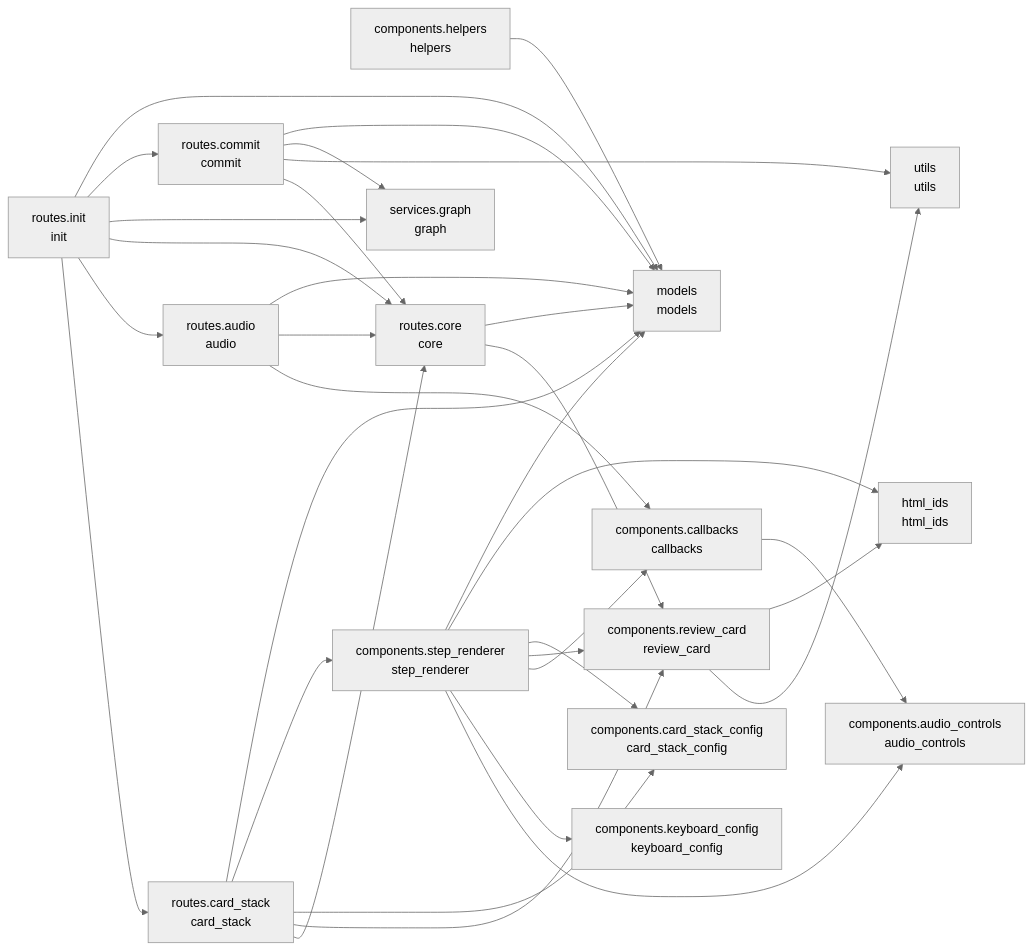
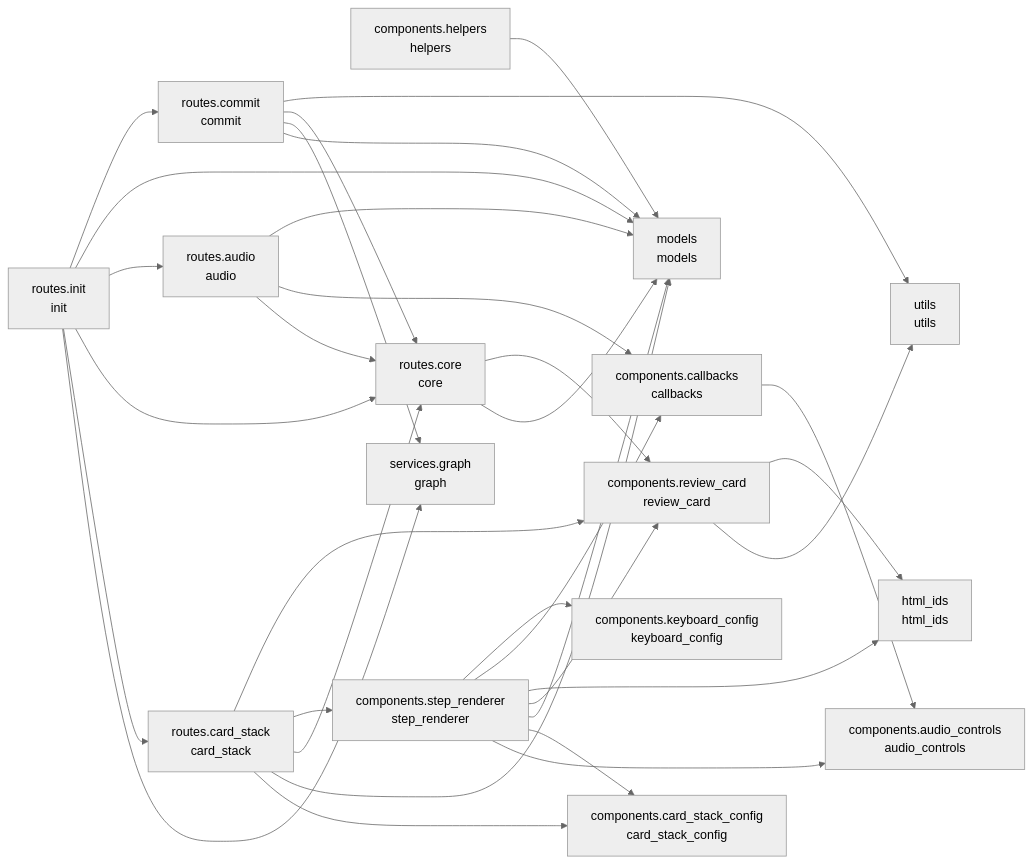
One commit to cj-mills/cjm-transcript-review changed the diagram in README.md. Above: the diagram before and after it, drawn with Mermaid (neutral theme). The commit also changed other lines of this file and 5 other files, not shown here.

Commit message:
Migrate review's inline step header bands (render_review_step + demo) to V2 render_step_header_band helper, and relocate the demo's settings trigger from the toolbar to the V2 trailing slot via a SETTINGS_TRIGGER OOB-swap slot (G3-canonical placement).

````diff
--- a/README.md
+++ b/README.md
@@ -39,51 +39,51 @@
 ``` mermaid
 graph LR
     components_audio_controls[components.audio_controls<br/>audio_controls]
     components_callbacks[components.callbacks<br/>callbacks]
     components_card_stack_config[components.card_stack_config<br/>card_stack_config]
     components_helpers[components.helpers<br/>helpers]
     components_keyboard_config[components.keyboard_config<br/>keyboard_config]
     components_review_card[components.review_card<br/>review_card]
     components_step_renderer[components.step_renderer<br/>step_renderer]
     html_ids[html_ids<br/>html_ids]
     models[models<br/>models]
     routes_audio[routes.audio<br/>audio]
     routes_card_stack[routes.card_stack<br/>card_stack]
     routes_commit[routes.commit<br/>commit]
     routes_core[routes.core<br/>core]
     routes_init[routes.init<br/>init]
     services_graph[services.graph<br/>graph]
     utils[utils<br/>utils]
 
     components_callbacks --> components_audio_controls
     components_helpers --> models
     components_review_card --> utils
     components_review_card --> html_ids
     components_step_renderer --> components_audio_controls
+    components_step_renderer --> components_card_stack_config
+    components_step_renderer --> models
+    components_step_renderer --> components_review_card
+    components_step_renderer --> html_ids
+    components_step_renderer --> components_callbacks
     components_step_renderer --> components_keyboard_config
-    components_step_renderer --> components_callbacks
-    components_step_renderer --> components_review_card
-    components_step_renderer --> components_card_stack_config
-    components_step_renderer --> html_ids
-    components_step_renderer --> models
+    routes_audio --> routes_core
     routes_audio --> components_callbacks
-    routes_audio --> routes_core
     routes_audio --> models
+    routes_card_stack --> components_card_stack_config
+    routes_card_stack --> models
     routes_card_stack --> routes_core
+    routes_card_stack --> components_step_renderer
     routes_card_stack --> components_review_card
-    routes_card_stack --> components_card_stack_config
-    routes_card_stack --> components_step_renderer
-    routes_card_stack --> models
+    routes_commit --> models
+    routes_commit --> services_graph
     routes_commit --> routes_core
     routes_commit --> utils
-    routes_commit --> services_graph
-    routes_commit --> models
+    routes_core --> models
     routes_core --> components_review_card
-    routes_core --> models
+    routes_init --> services_graph
     routes_init --> routes_card_stack
+    routes_init --> routes_core
     routes_init --> routes_audio
-    routes_init --> routes_core
-    routes_init --> services_graph
+    routes_init --> models
     routes_init --> routes_commit
-    routes_init --> models
 ```
````
